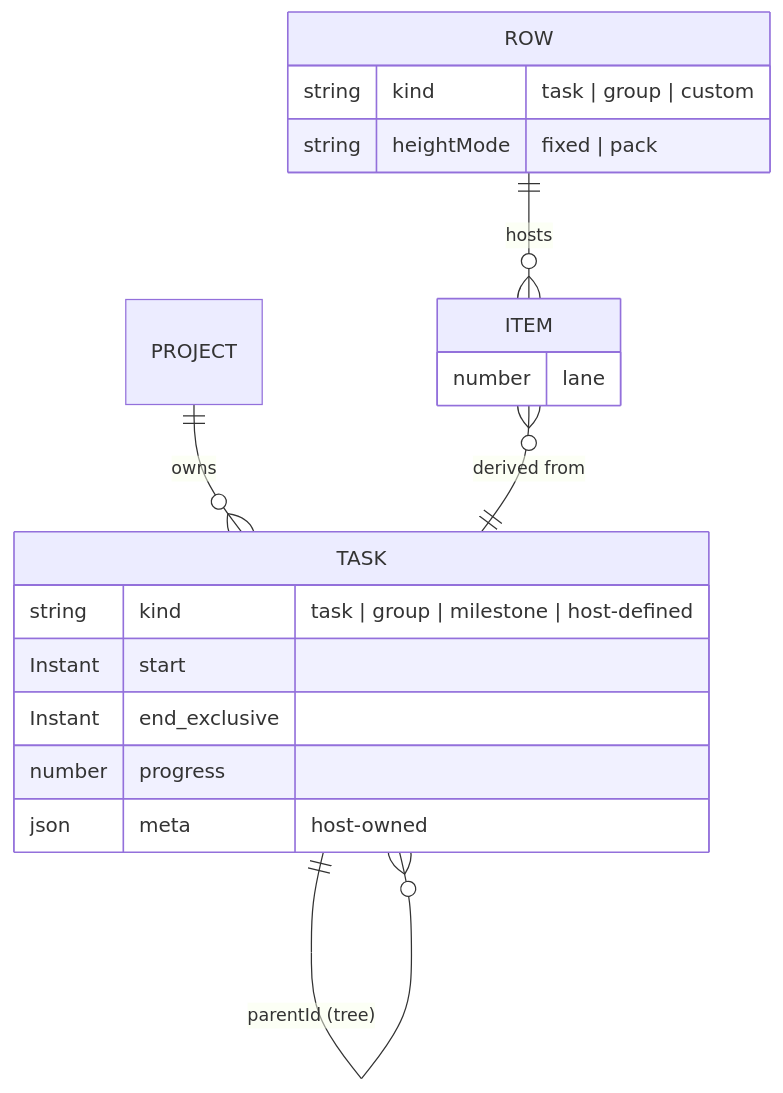
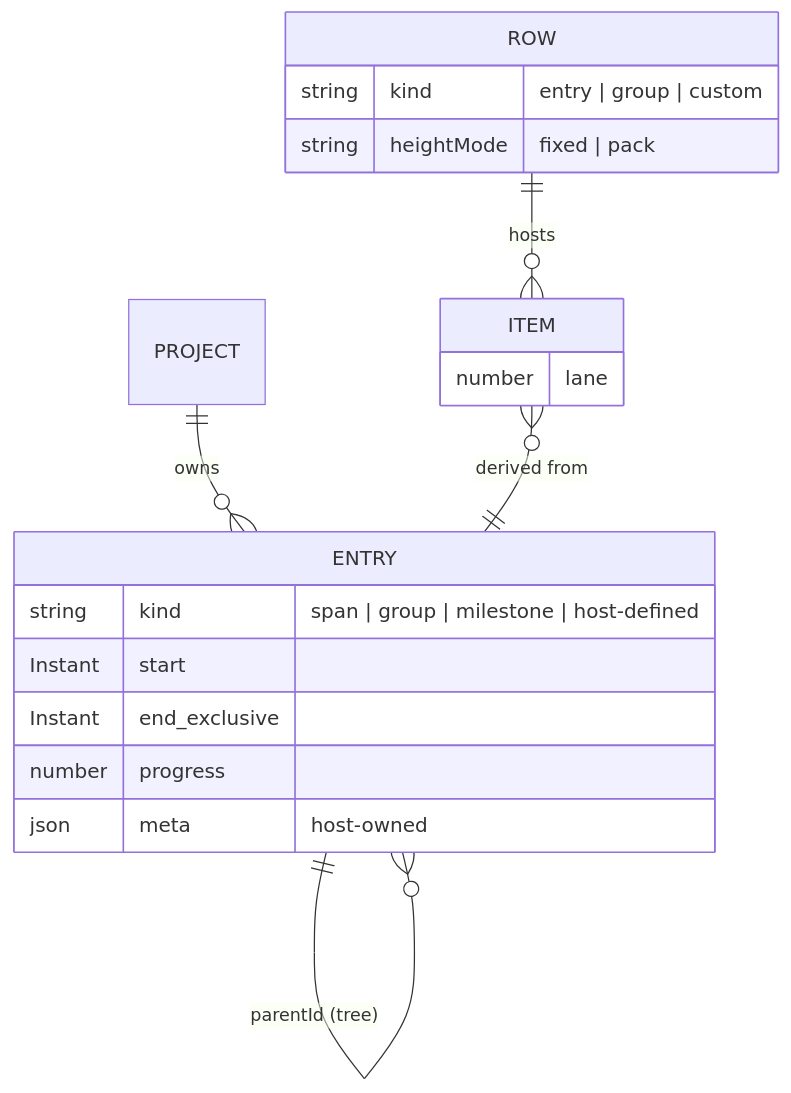
The third of 6 diagrams in plans/01-domain-architecture.md (freegantt/freegantt), drawn with Mermaid before and after one commit. The commit also changed other lines of this file and 38 other files, not shown here.

First line of the commit message:
Rename Task -> Entry: domain-neutral vocabulary for the core record (#17) (#44)

````diff
--- a/plans/01-domain-architecture.md
+++ b/plans/01-domain-architecture.md
@@ -171,23 +171,23 @@
 ```mermaid
 erDiagram
-  PROJECT ||--o{ TASK : owns
-  TASK ||--o{ TASK : "parentId (tree)"
+  PROJECT ||--o{ ENTRY : owns
+  ENTRY ||--o{ ENTRY : "parentId (tree)"
 
   ROW ||--o{ ITEM : hosts
-  ITEM }o--|| TASK : "derived from"
+  ITEM }o--|| ENTRY : "derived from"
 
-  TASK {
-    string kind "task | group | milestone | host-defined"
+  ENTRY {
+    string kind "span | group | milestone | host-defined"
     Instant start
     Instant end_exclusive
     number progress
     json meta "host-owned"
   }
   ROW {
-    string kind "task | group | custom"
+    string kind "entry | group | custom"
     string heightMode "fixed | pack"
   }
   ITEM {
     number lane
   }
 ```
````
